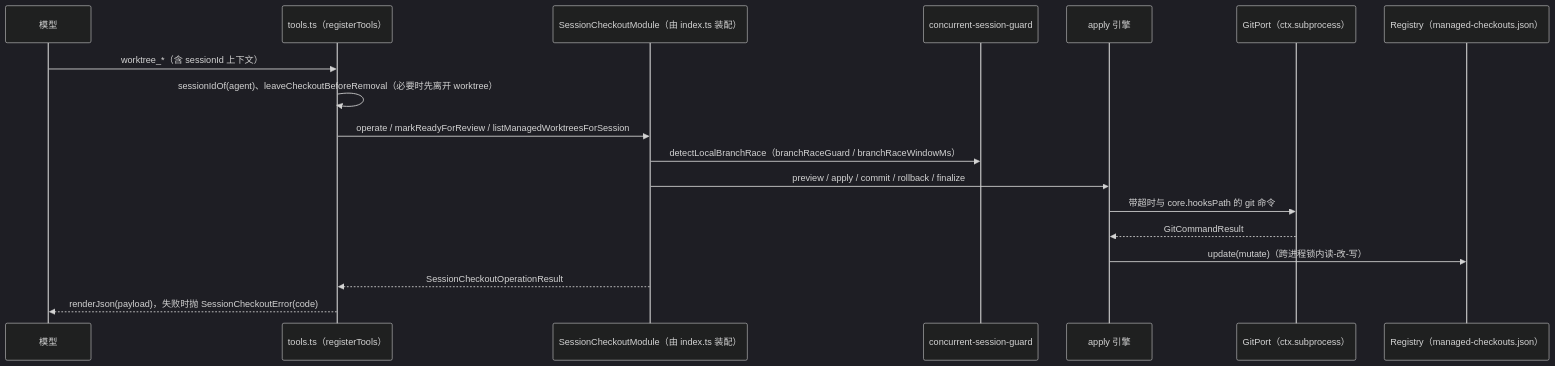
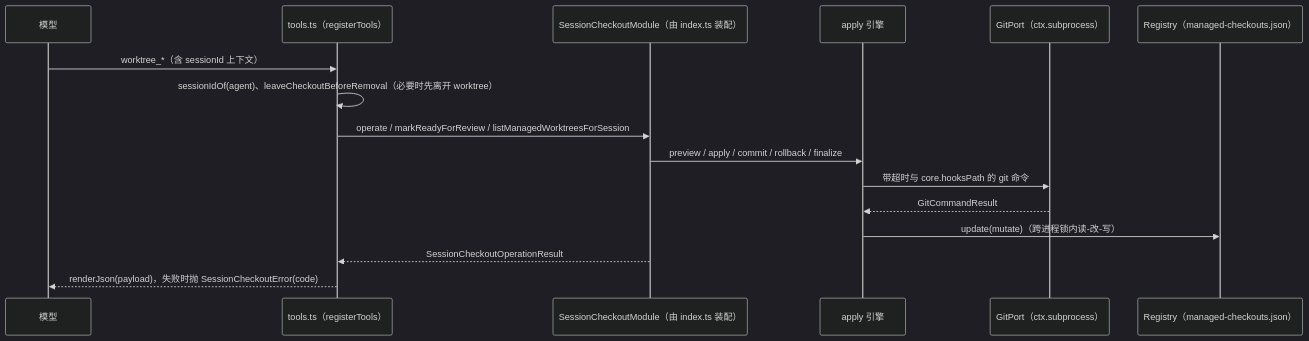
One commit to ikliml666/dsh-git-workspace changed the sixth of 7 diagrams in .codewiki/modules/src-index-ts.md. Above: the diagram before and after it, drawn with Mermaid (dark theme). The commit also changed other lines of this file and 71 other files, not shown here.

````diff
--- a/.codewiki/modules/src-index-ts.md
+++ b/.codewiki/modules/src-index-ts.md
@@ -330,21 +333,21 @@
 ```mermaid
 sequenceDiagram
     participant Model as 模型
     participant Tool as tools.ts（registerTools）
     participant Mod as SessionCheckoutModule（由 index.ts 装配）
-    participant Guard as concurrent-session-guard
+
     participant Eng as apply 引擎
     participant Git as GitPort（ctx.subprocess）
     participant Reg as Registry（managed-checkouts.json）
 
     Model->>Tool: worktree_*（含 sessionId 上下文）
     Tool->>Tool: sessionIdOf(agent)、leaveCheckoutBeforeRemoval（必要时先离开 worktree）
     Tool->>Mod: operate / markReadyForReview / listManagedWorktreesForSession
-    Mod->>Guard: detectLocalBranchRace（branchRaceGuard / branchRaceWindowMs）
+
     Mod->>Eng: preview / apply / commit / rollback / finalize
     Eng->>Git: 带超时与 core.hooksPath 的 git 命令
     Git-->>Eng: GitCommandResult
     Eng->>Reg: update(mutate)（跨进程锁内读-改-写）
     Mod-->>Tool: SessionCheckoutOperationResult
     Tool-->>Model: renderJson(payload)，失败时抛 SessionCheckoutError(code)
 ```
````
